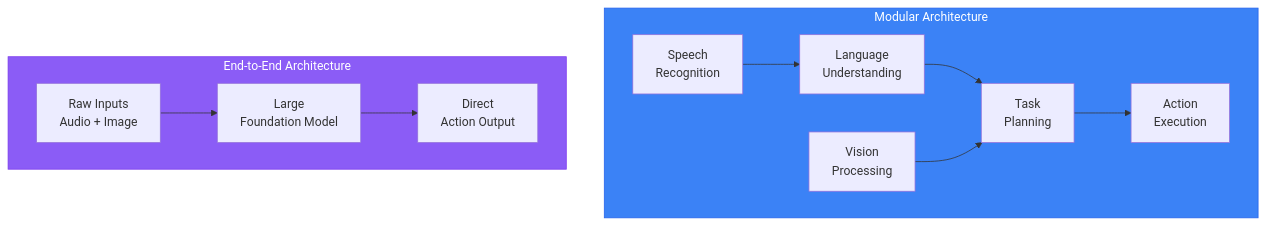
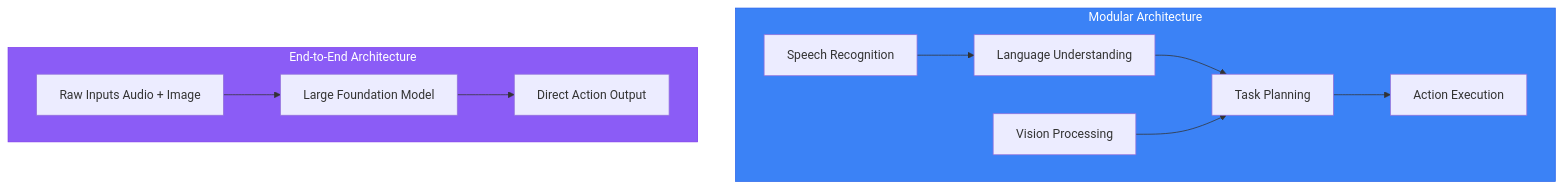
One commit to shakir-hussain1/physical-AI-and-humanoid-robotics-textbook-by-shakir-hussain changed the fifth of 6 diagrams in docs/modules/module-4-vla/chapter-13-vla-intro.md. Above: the diagram before and after it, drawn with Mermaid. The commit also changed other lines of this file and 17 other files, not shown here.

Commit message:
fix: Remove br tags from Mermaid diagrams causing parse errors

````diff
--- a/docs/modules/module-4-vla/chapter-13-vla-intro.md
+++ b/docs/modules/module-4-vla/chapter-13-vla-intro.md
@@ -445,17 +445,17 @@
 ```mermaid
 flowchart TB
     subgraph Modular["Modular Architecture"]
-        M1[Speech<br/>Recognition] --> M2[Language<br/>Understanding]
-        M2 --> M3[Task<br/>Planning]
-        M3 --> M4[Action<br/>Execution]
-        M5[Vision<br/>Processing] --> M3
+        M1[Speech Recognition] --> M2[Language Understanding]
+        M2 --> M3[Task Planning]
+        M3 --> M4[Action Execution]
+        M5[Vision Processing] --> M3
     end
 
     subgraph EndToEnd["End-to-End Architecture"]
-        E1[Raw Inputs<br/>Audio + Image] --> E2[Large<br/>Foundation Model]
-        E2 --> E3[Direct<br/>Action Output]
+        E1[Raw Inputs Audio + Image] --> E2[Large Foundation Model]
+        E2 --> E3[Direct Action Output]
     end
 
     style Modular fill:#3b82f6,stroke:#2563eb,color:#fff
     style EndToEnd fill:#8b5cf6,stroke:#7c3aed,color:#fff
 ```
````
